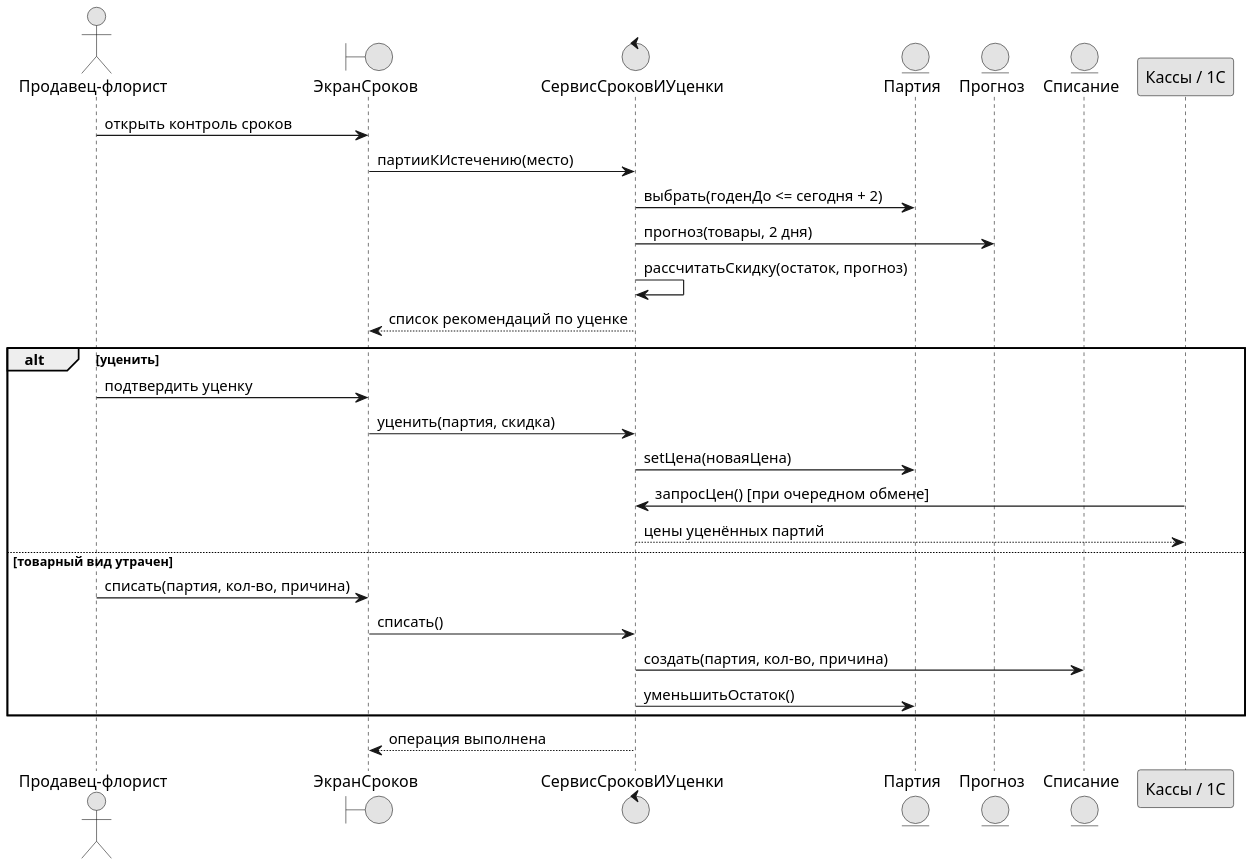
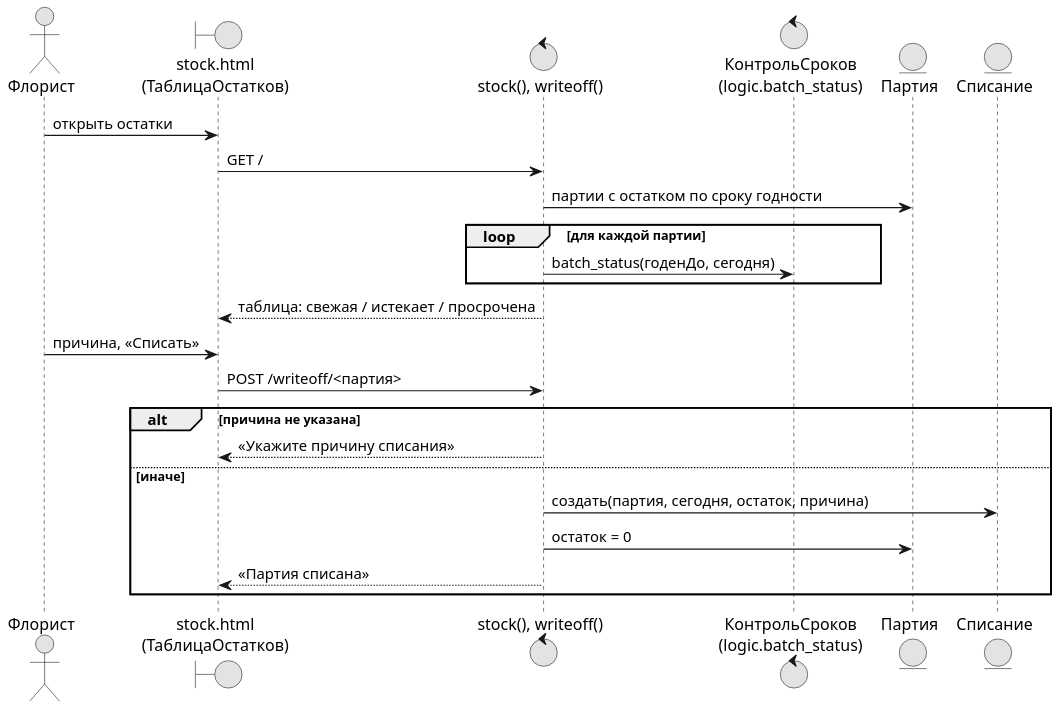
One commit to DarkSwordman999/flower-demand-planning changed the diagram in diagrams/uml_seq_3.puml. Above: the diagram before and after it, drawn with PlantUML. The commit also changed 40 other files, not shown here.

Commit message:
ПР 5-6, 7-8, 9-10 под базовую редакцию: IDEF0/IDEF3 из пяти работ салона, UML по модулям app.py и logic.py, план из 12 этапов по датам ПР 3

```diff
--- a/diagrams/uml_seq_3.puml
+++ b/diagrams/uml_seq_3.puml
@@ -1,33 +1,29 @@
 @startuml
 !pragma layout smetana
 skinparam dpi 150
 skinparam defaultFontName Arial
 skinparam shadowing false
 skinparam monochrome true
-actor "Продавец-флорист" as PF
-boundary "ЭкранСроков" as UI
-control "СервисСроковИУценки" as S
+actor "Флорист" as FL
+boundary "stock.html\n(ТаблицаОстатков)" as UI
+control "stock(), writeoff()" as C
+control "КонтрольСроков\n(logic.batch_status)" as L
 entity "Партия" as P
-entity "Прогноз" as F
 entity "Списание" as W
-participant "Кассы / 1С" as KKT
-PF -> UI : открыть контроль сроков
-UI -> S : партииКИстечению(место)
-S -> P : выбрать(годенДо <= сегодня + 2)
-S -> F : прогноз(товары, 2 дня)
-S -> S : рассчитатьСкидку(остаток, прогноз)
-S --> UI : список рекомендаций по уценке
-alt уценить
-  PF -> UI : подтвердить уценку
-  UI -> S : уценить(партия, скидка)
-  S -> P : setЦена(новаяЦена)
-  KKT -> S : запросЦен() [при очередном обмене]
-  S --> KKT : цены уценённых партий
-else товарный вид утрачен
-  PF -> UI : списать(партия, кол-во, причина)
-  UI -> S : списать()
-  S -> W : создать(партия, кол-во, причина)
-  S -> P : уменьшитьОстаток()
+FL -> UI : открыть остатки
+UI -> C : GET /
+C -> P : партии с остатком по сроку годности
+loop для каждой партии
+  C -> L : batch_status(годенДо, сегодня)
 end
-S --> UI : операция выполнена
+C --> UI : таблица: свежая / истекает / просрочена
+FL -> UI : причина, «Списать»
+UI -> C : POST /writeoff/<партия>
+alt причина не указана
+  C --> UI : «Укажите причину списания»
+else иначе
+  C -> W : создать(партия, сегодня, остаток, причина)
+  C -> P : остаток = 0
+  C --> UI : «Партия списана»
+end
 @enduml
```
